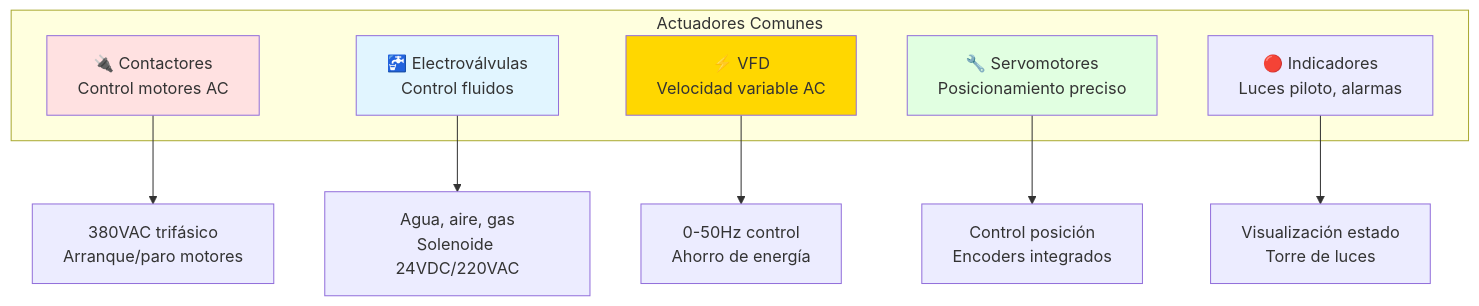
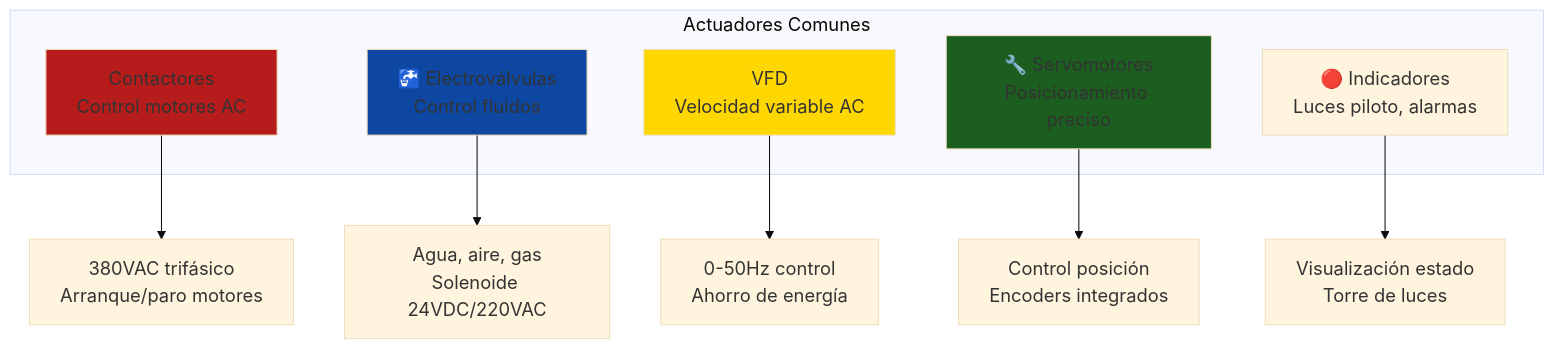
The sixth of 12 diagrams in courses/🟡-development/FPUNA-2026/02-ELECTRONICA-AUTOMATIZACION/04-automatizacion-industrial.md (Ai-Whisperers/Courses-Content), drawn with Mermaid before and after one commit. The commit also changed other lines of this file and 47 other files, not shown here.

First line of the commit message:
fix: Make all 473 diagrams WCAG AAA accessible (FPUNA-2026)

````diff
--- a/courses/🟡-development/FPUNA-2026/02-ELECTRONICA-AUTOMATIZACION/04-automatizacion-industrial.md
+++ b/courses/🟡-development/FPUNA-2026/02-ELECTRONICA-AUTOMATIZACION/04-automatizacion-industrial.md
@@ -216,21 +221,22 @@
 ```mermaid
+%%{init: {'theme':'base', 'themeVariables': {'fontSize':'18px'}}}%%
 graph TD
     subgraph "Actuadores Comunes"
-        A[🔌 Contactores<br/>Control motores AC]
+        A[Contactores<br/>Control motores AC]
         B[🚰 Electroválvulas<br/>Control fluidos]
-        C[⚡ VFD<br/>Velocidad variable AC]
+        C[VFD<br/>Velocidad variable AC]
         D[🔧 Servomotores<br/>Posicionamiento preciso]
         E[🔴 Indicadores<br/>Luces piloto, alarmas]
     end
     
     A --> A1[380VAC trifásico<br/>Arranque/paro motores]
     B --> B1[Agua, aire, gas<br/>Solenoide 24VDC/220VAC]
     C --> C2[0-50Hz control<br/>Ahorro de energía]
     D --> D1[Control posición<br/>Encoders integrados]
     E --> E1[Visualización estado<br/>Torre de luces]
     
-    style A fill:#FFE1E1
-    style B fill:#E1F5FF
+    style A fill:#b71c1c
+    style B fill:#0d47a1
     style C fill:#FFD700
-    style D fill:#E1FFE1
+    style D fill:#1b5e20
 ```
````
